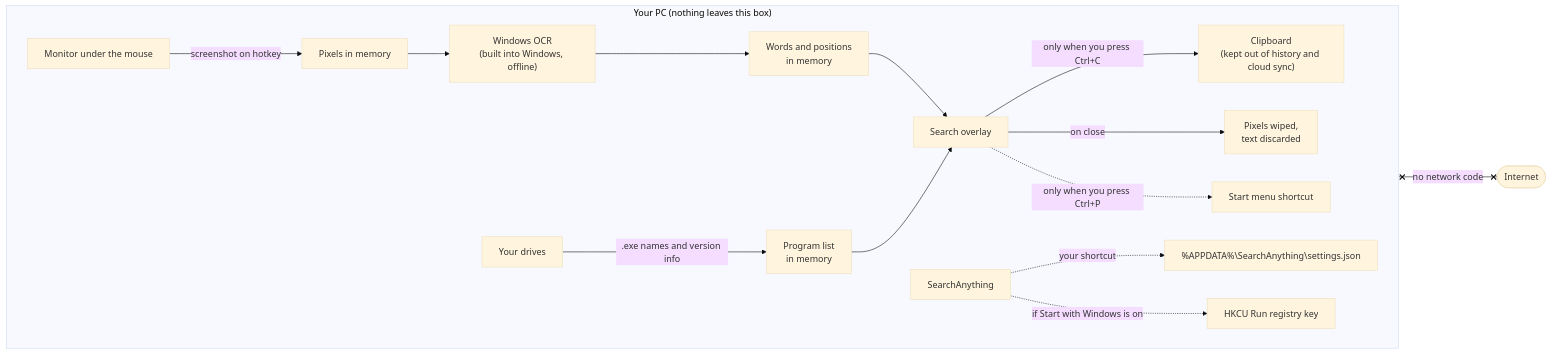
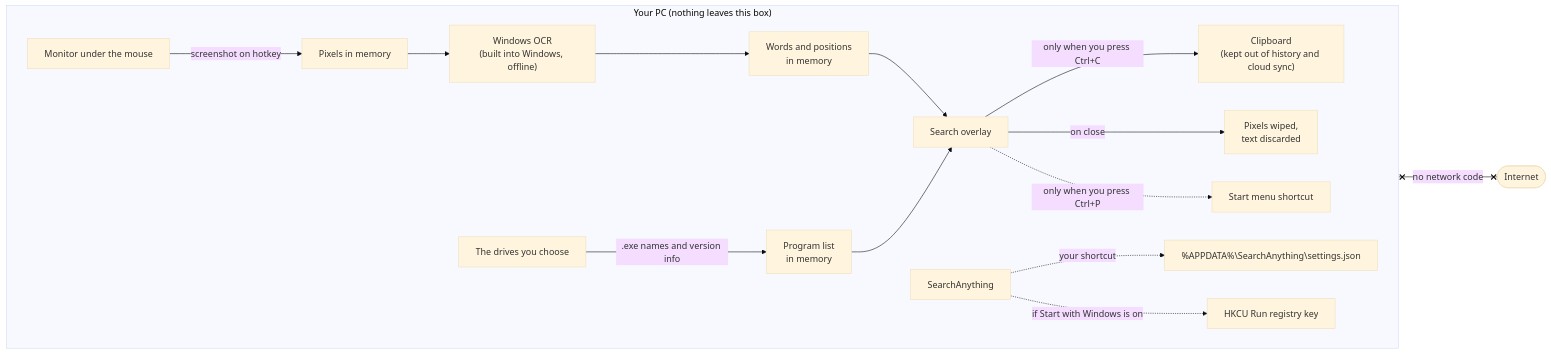
One commit to glinco/SearchAnything changed the first of 2 diagrams in SECURITY.md. Above: the diagram before and after it, drawn with Mermaid (base theme). The commit also changed other lines of this file and 9 other files, not shown here.

First line of the commit message:
Let users pick which drives program search scans

````diff
--- a/SECURITY.md
+++ b/SECURITY.md
@@ -20,19 +20,19 @@
 ```mermaid
 flowchart LR
     subgraph PC["Your PC (nothing leaves this box)"]
         direction LR
         Screen["Monitor under the mouse"] -->|"screenshot on hotkey"| Mem["Pixels in memory"]
         Mem --> OCR["Windows OCR<br/>(built into Windows, offline)"]
         OCR --> Index["Words and positions<br/>in memory"]
         Index --> Overlay["Search overlay"]
         Overlay -->|"only when you press Ctrl+C"| Clip["Clipboard<br/>(kept out of history and cloud sync)"]
         Overlay -->|"on close"| Wipe["Pixels wiped,<br/>text discarded"]
         App["SearchAnything"] -.->|"your shortcut"| Settings["%APPDATA%\SearchAnything\settings.json"]
         App -.->|"if Start with Windows is on"| Run["HKCU Run registry key"]
-        Drives["Your drives"] -->|".exe names and version info"| Programs["Program list<br/>in memory"]
+        Drives["The drives you choose"] -->|".exe names and version info"| Programs["Program list<br/>in memory"]
         Programs --> Overlay
         Overlay -.->|"only when you press Ctrl+P"| Start["Start menu shortcut"]
     end
     Net(["Internet"])
     App x--x|"no network code"| Net
 ```
````
